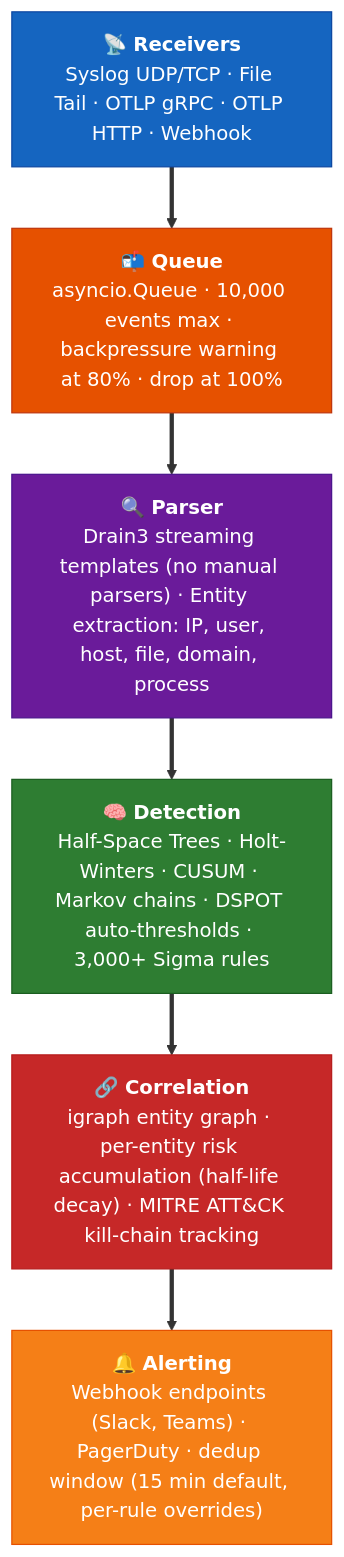
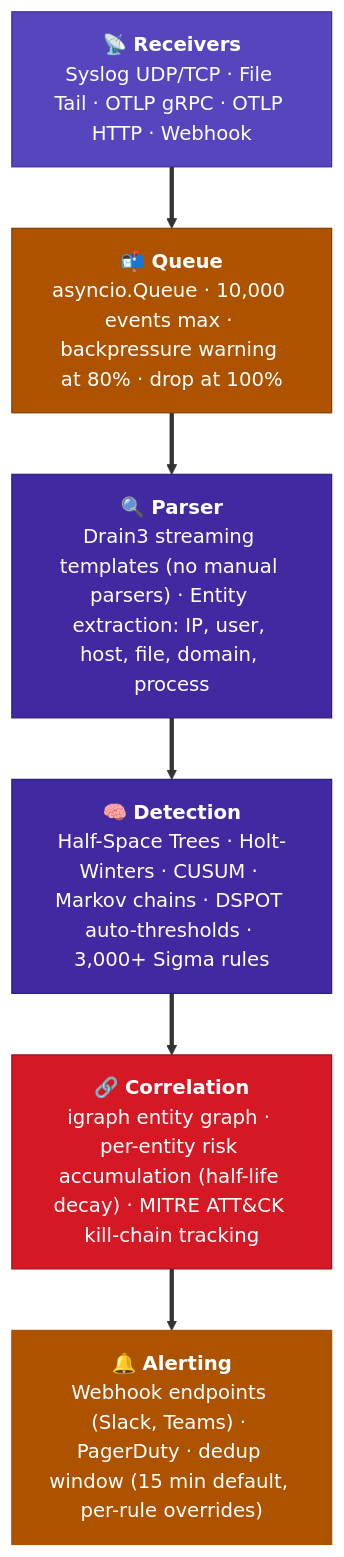
One commit to seerflow/seerflow-guide changed the diagram in docs/architecture/index.md. Above: the diagram before and after it, drawn with Mermaid. The commit also changed 9 other files, not shown here.

First line of the commit message:
fix(brand): recolor mermaid diagrams to brand palette

````diff
--- a/docs/architecture/index.md
+++ b/docs/architecture/index.md
@@ -33,18 +33,18 @@
 ```mermaid
 graph TD
     A["📡 <b>Receivers</b><br/>Syslog UDP/TCP · File Tail · OTLP gRPC · OTLP HTTP · Webhook"]
     B["📬 <b>Queue</b><br/>asyncio.Queue · 10,000 events max · backpressure warning at 80% · drop at 100%"]
     C["🔍 <b>Parser</b><br/>Drain3 streaming templates (no manual parsers) · Entity extraction: IP, user, host, file, domain, process"]
     D["🧠 <b>Detection</b><br/>Half-Space Trees · Holt-Winters · CUSUM · Markov chains · DSPOT auto-thresholds · 3,000+ Sigma rules"]
     E["🔗 <b>Correlation</b><br/>igraph entity graph · per-entity risk accumulation (half-life decay) · MITRE ATT&CK kill-chain tracking"]
     F["🔔 <b>Alerting</b><br/>Webhook endpoints (Slack, Teams) · PagerDuty · dedup window (15 min default, per-rule overrides)"]
 
     A ==> B ==> C ==> D ==> E ==> F
 
-    style A fill:#1565c0,stroke:#0d47a1,color:#fff
-    style B fill:#e65100,stroke:#bf360c,color:#fff
-    style C fill:#6a1b9a,stroke:#4a148c,color:#fff
-    style D fill:#2e7d32,stroke:#1b5e20,color:#fff
-    style E fill:#c62828,stroke:#b71c1c,color:#fff
-    style F fill:#f57f17,stroke:#e65100,color:#fff
+    style A fill:#5546bd,stroke:#402aa1,color:#fff
+    style B fill:#ad5300,stroke:#804000,color:#fff
+    style C fill:#402aa1,stroke:#2f1f78,color:#fff
+    style D fill:#402aa1,stroke:#2f1f78,color:#fff
+    style E fill:#d41824,stroke:#a01018,color:#fff
+    style F fill:#ad5300,stroke:#ad5300,color:#fff
 ```
````
